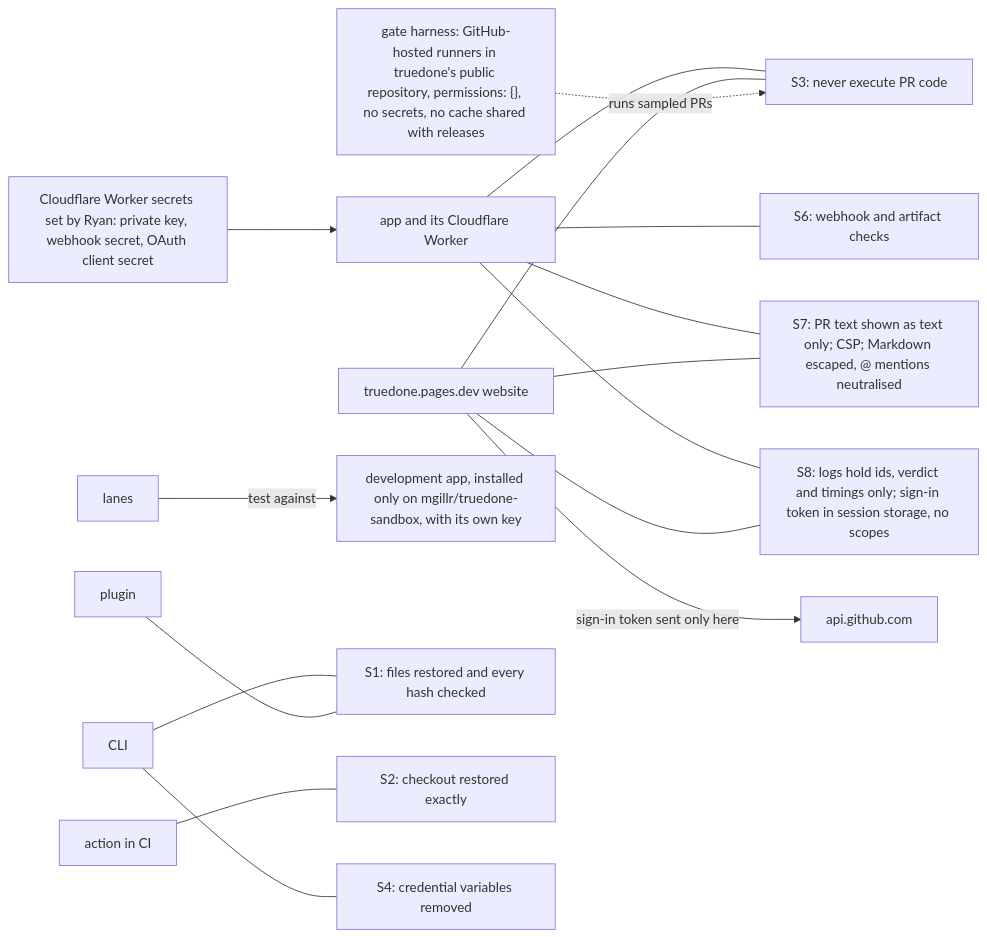
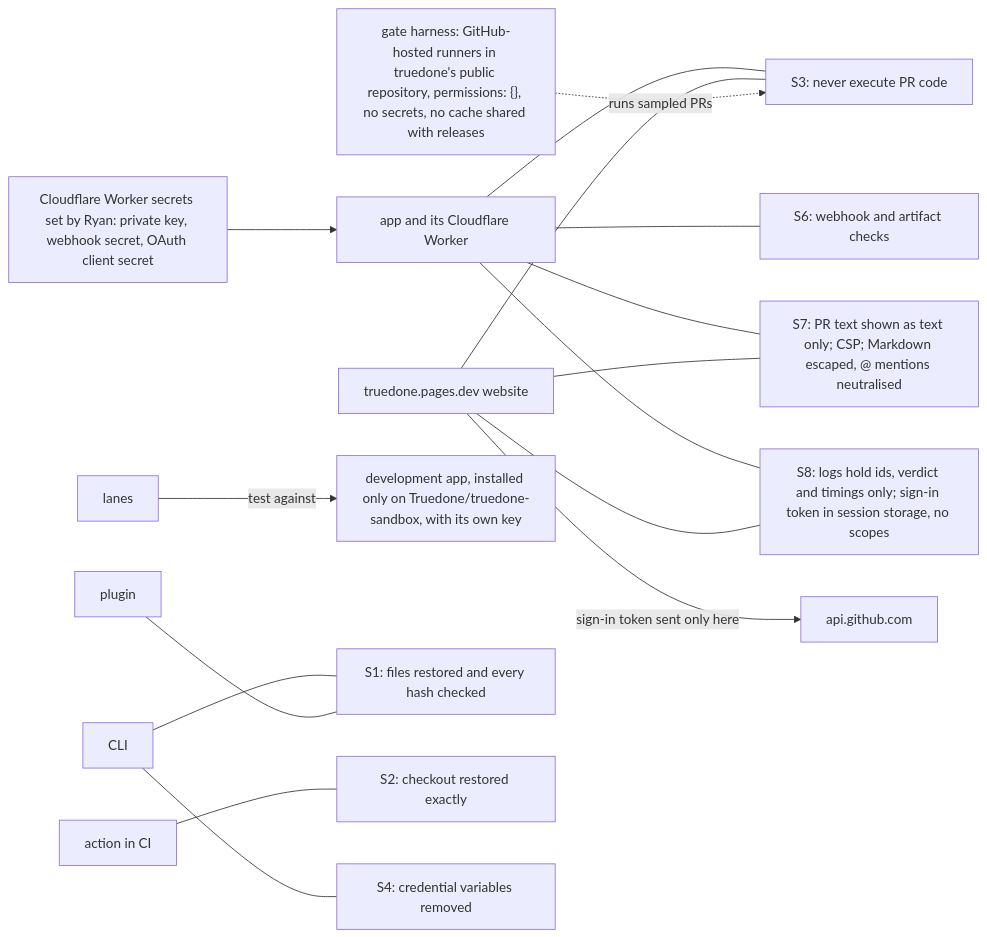
One commit to Truedone/truedone changed the second of 2 diagrams in docs/design/05-safety-rules.md. Above: the diagram before and after it, drawn with Mermaid. The commit also changed other lines of this file and 6 other files, not shown here.

````diff
--- a/docs/design/05-safety-rules.md
+++ b/docs/design/05-safety-rules.md
@@ -53,35 +53,35 @@
 ```mermaid
 flowchart LR
   CLI["CLI"]
   PLG["plugin"]
   ACT["action in CI"]
   APP["app and its Cloudflare Worker"]
   WEB["truedone.pages.dev website"]
   HAR["gate harness: GitHub-hosted runners in truedone's public repository, permissions: {}, no secrets, no cache shared with releases"]
   SEC["Cloudflare Worker secrets set by Ryan: private key, webhook secret, OAuth client secret"]
-  DEV["development app, installed only on mgillr/truedone-sandbox, with its own key"]
+  DEV["development app, installed only on Truedone/truedone-sandbox, with its own key"]
   LANES["lanes"]
   GHA["api.github.com"]
   S1["S1: files restored and every hash checked"]
   S2["S2: checkout restored exactly"]
   S3["S3: never execute PR code"]
   S4["S4: credential variables removed"]
   S6["S6: webhook and artifact checks"]
   S7["S7: PR text shown as text only; CSP; Markdown escaped, @ mentions neutralised"]
   S8["S8: logs hold ids, verdict and timings only; sign-in token in session storage, no scopes"]
   CLI --- S1
   PLG --- S1
   CLI --- S4
   ACT --- S2
   APP --- S3
   WEB --- S3
   APP --- S6
   APP --- S7
   WEB --- S7
   APP --- S8
   WEB --- S8
   SEC --> APP
   LANES -->|test against| DEV
   WEB -->|sign-in token sent only here| GHA
   HAR -.->|runs sampled PRs| S3
 ```
````
